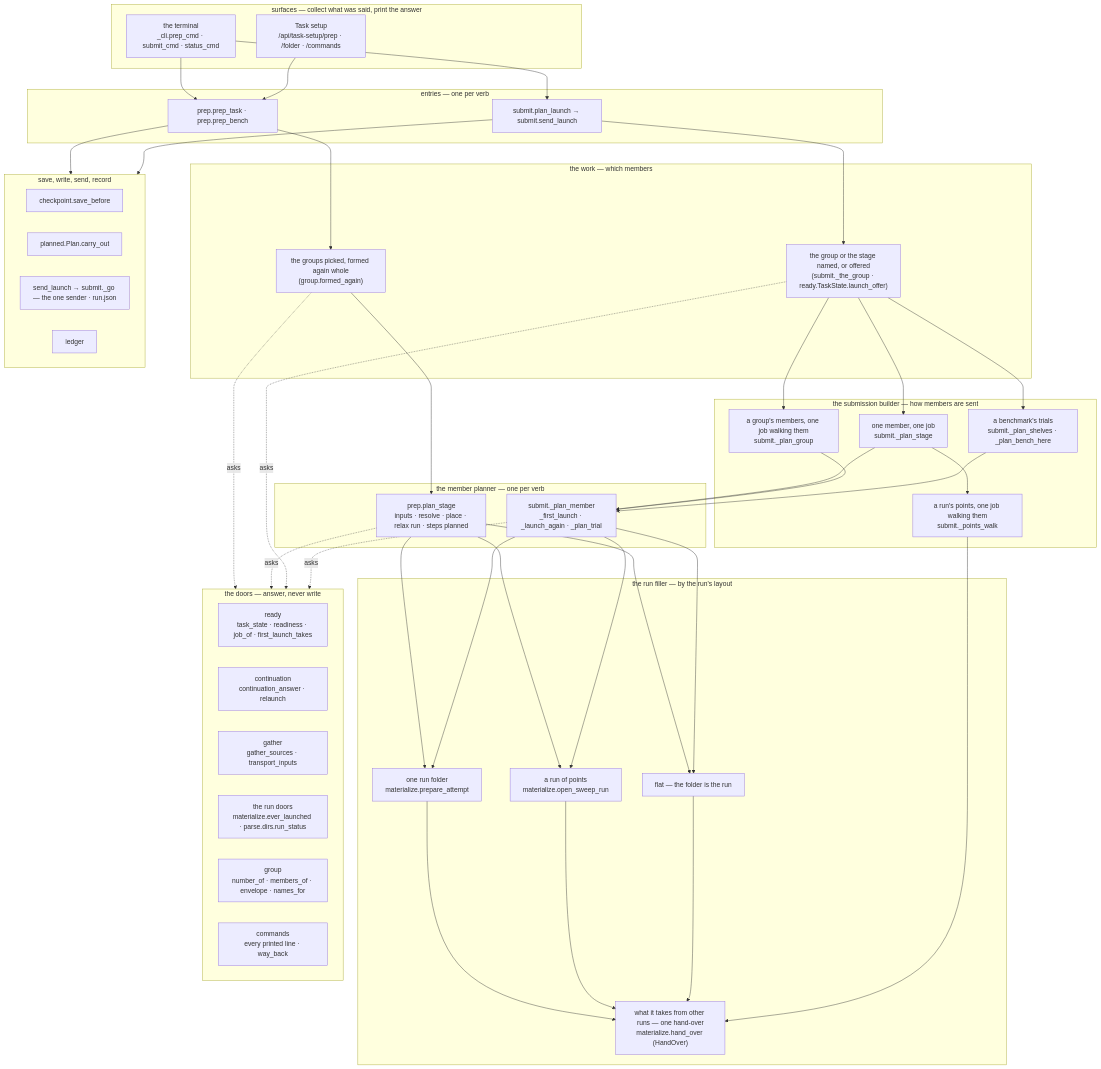
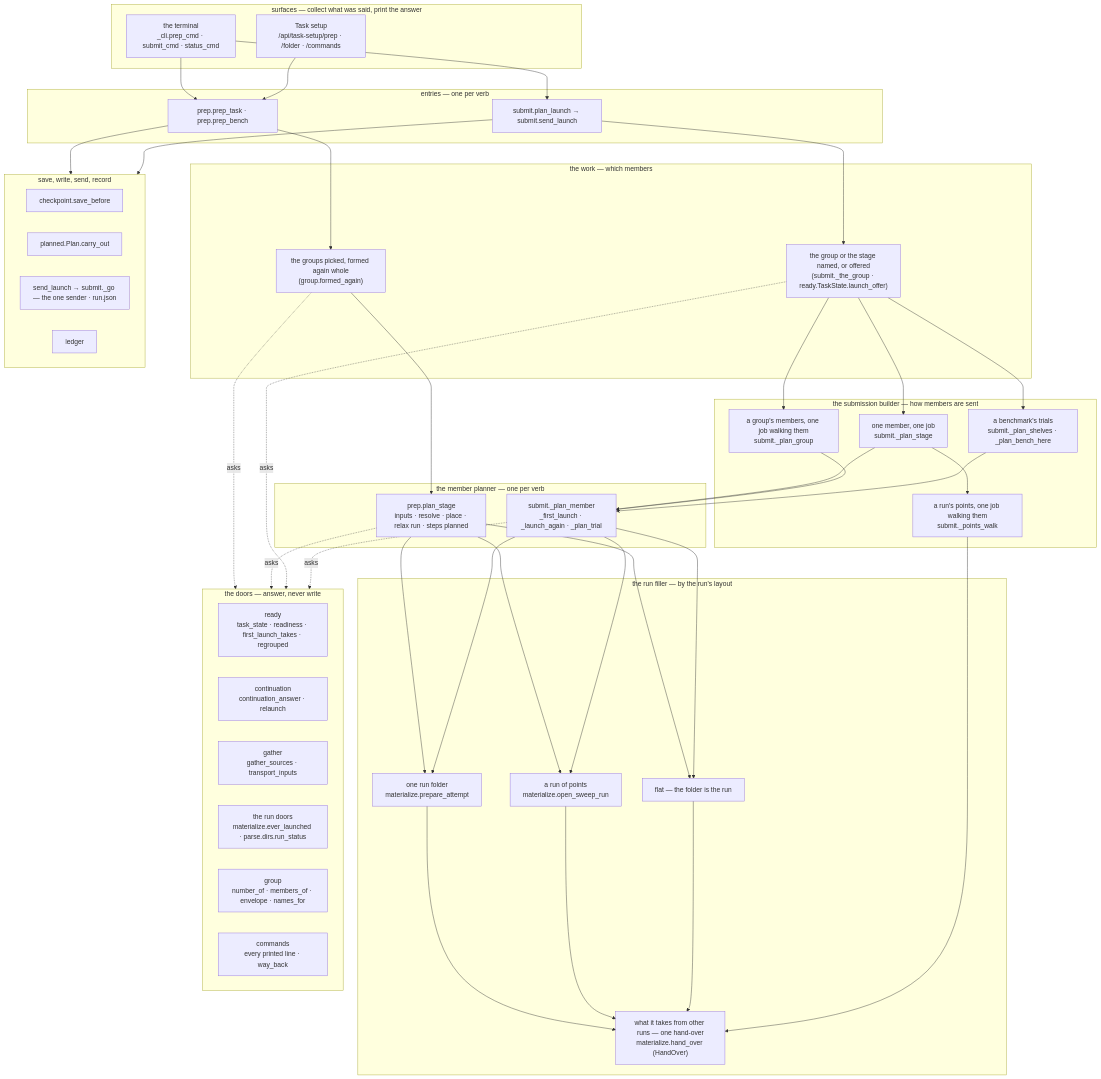
One commit to Qing-LAB/molbuilder changed diagram 17 of 19 in docs/execution/job-system.md. Above: the diagram before and after it, drawn with Mermaid. The commit also changed other lines of this file and 106 other files, not shown here.

````diff
--- a/docs/execution/job-system.md
+++ b/docs/execution/job-system.md
@@ -3164,59 +3164,59 @@
 ```mermaid
 flowchart TB
     subgraph S["surfaces — collect what was said, print the answer"]
         CLI["the terminal<br/>_cli.prep_cmd · submit_cmd · status_cmd"]
         WEB["Task setup<br/>/api/task-setup/prep · /folder · /commands"]
     end
     subgraph E["entries — one per verb"]
         PE["prep.prep_task · prep.prep_bench"]
         LE["submit.plan_launch → submit.send_launch"]
     end
     subgraph W["the work — which members"]
         PW["the groups picked, formed again whole<br/>(group.formed_again)"]
         LW["the group or the stage named, or offered<br/>(submit._the_group · ready.TaskState.launch_offer)"]
     end
     subgraph M["the member planner — one per verb"]
         PM["prep.plan_stage<br/>inputs · resolve · place · relax run · steps planned"]
         LM["submit._plan_member<br/>_first_launch · _launch_again · _plan_trial"]
     end
     subgraph F["the run filler — by the run's layout"]
         F1["one run folder<br/>materialize.prepare_attempt"]
         F2["a run of points<br/>materialize.open_sweep_run"]
         F0["flat — the folder is the run"]
         F3["what it takes from other runs — one hand-over<br/>materialize.hand_over (HandOver)"]
     end
     subgraph B["the submission builder — how members are sent"]
         B1["one member, one job<br/>submit._plan_stage"]
         B2["a group's members, one job walking them<br/>submit._plan_group"]
         B3["a run's points, one job walking them<br/>submit._points_walk"]
         B4["a benchmark's trials<br/>submit._plan_shelves · _plan_bench_here"]
     end
     subgraph X["save, write, send, record"]
         SV["checkpoint.save_before"]
         PL["planned.Plan.carry_out"]
         GO["send_launch → submit._go — the one sender · run.json"]
         LG["ledger"]
     end
     subgraph D["the doors — answer, never write"]
-        RD["ready<br/>task_state · readiness · job_of · first_launch_takes"]
+        RD["ready<br/>task_state · readiness · first_launch_takes · regrouped"]
         CD["continuation<br/>continuation_answer · relaunch"]
         GD["gather<br/>gather_sources · transport_inputs"]
         RU["the run doors<br/>materialize.ever_launched · parse.dirs.run_status"]
         GR["group<br/>number_of · members_of · envelope · names_for"]
         CM["commands<br/>every printed line · way_back"]
     end
     CLI --> PE & LE
     WEB --> PE
     PE --> PW --> PM --> F1 & F2 & F0
     LE --> LW --> B1 & B2 & B4
     B1 & B2 & B4 --> LM --> F1 & F2 & F0
     F1 & F2 & F0 --> F3
     B1 --> B3
     B3 --> F3
     PE --> X
     LE --> X
     PW -.asks.-> D
     PM -.asks.-> D
     LW -.asks.-> D
     LM -.asks.-> D
 ```
````
